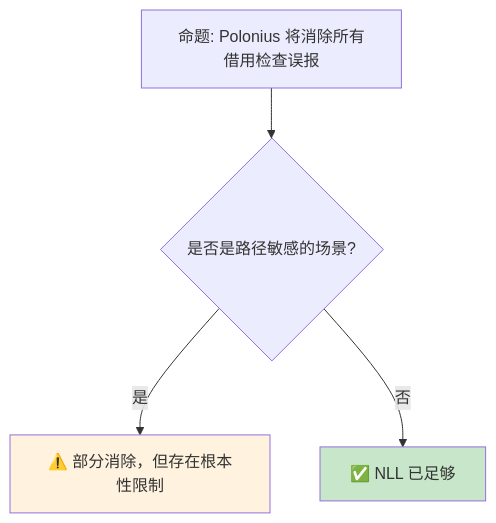
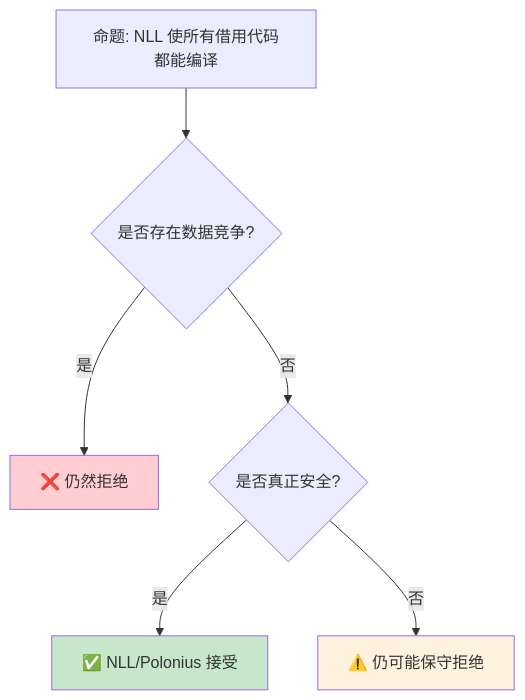
One commit to martin-ly/rust-lang changed the diagram in concept/03_advanced/08_nll_and_polonius.md. Above: the diagram before and after it, drawn with Mermaid. The commit also changed other lines of this file and 49 other files, not shown here.

````diff
--- a/concept/03_advanced/08_nll_and_polonius.md
+++ b/concept/03_advanced/08_nll_and_polonius.md
@@ -284,10 +310,13 @@
 ```mermaid
 graph TD
-    ROOT["命题: Polonius 将消除所有借用检查误报"]
-    ROOT --> Q1{"是否是路径敏感的场景?"}
-    Q1 -->|是| PARTIAL["⚠️ 部分消除，但存在根本性限制"]
-    Q1 -->|否| NLL["✅ NLL 已足够"]
+    ROOT["命题: NLL 使所有借用代码都能编译"]
+    ROOT --> Q1{"是否存在数据竞争?"}
+    Q1 -->|是| REJECT["❌ 仍然拒绝"]
+    Q1 -->|否| Q2{"是否真正安全?"}
+    Q2 -->|是| ACCEPT["✅ NLL/Polonius 接受"]
+    Q2 -->|否| CONSERVATIVE["⚠️ 仍可能保守拒绝"]
 
-    style PARTIAL fill:#fff3e0
-    style NLL fill:#c8e6c9
+    style REJECT fill:#ffcdd2
+    style ACCEPT fill:#c8e6c9
+    style CONSERVATIVE fill:#fff3e0
 ```
````
